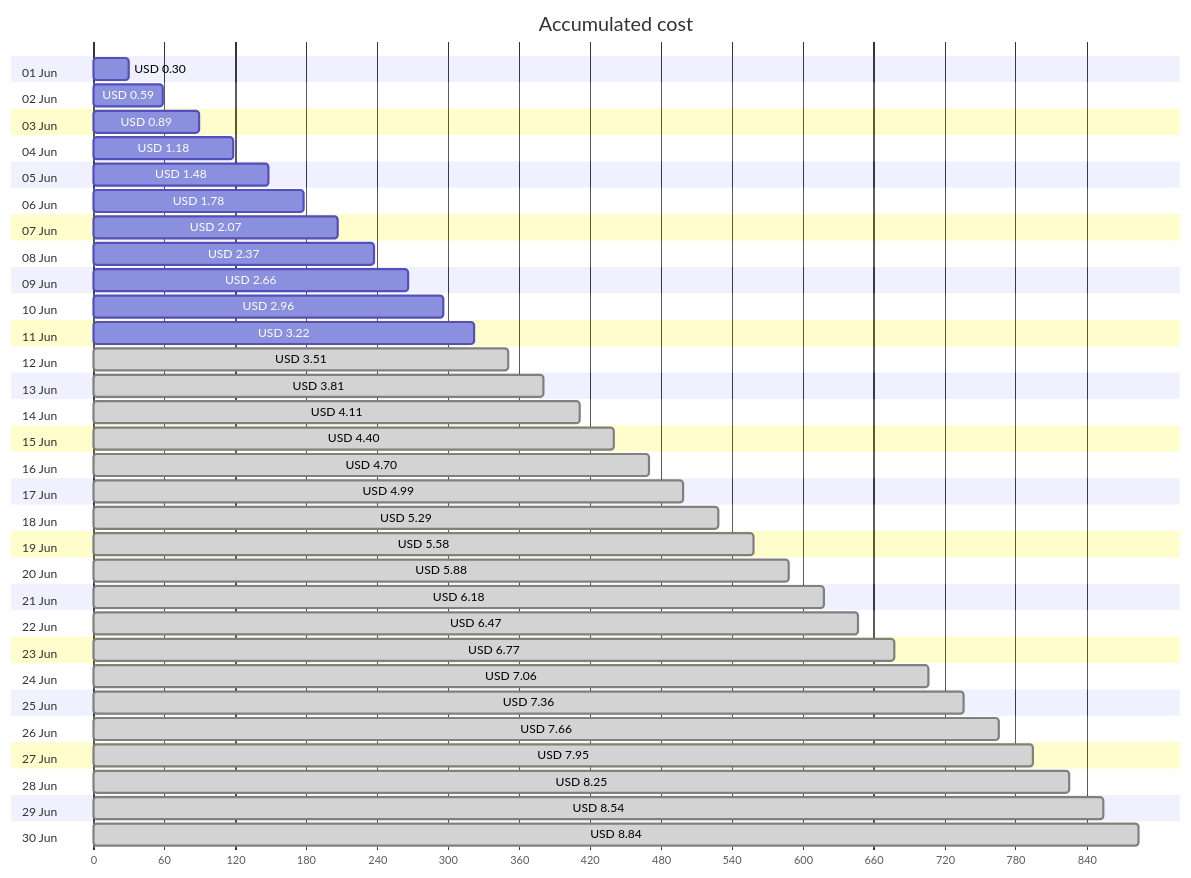
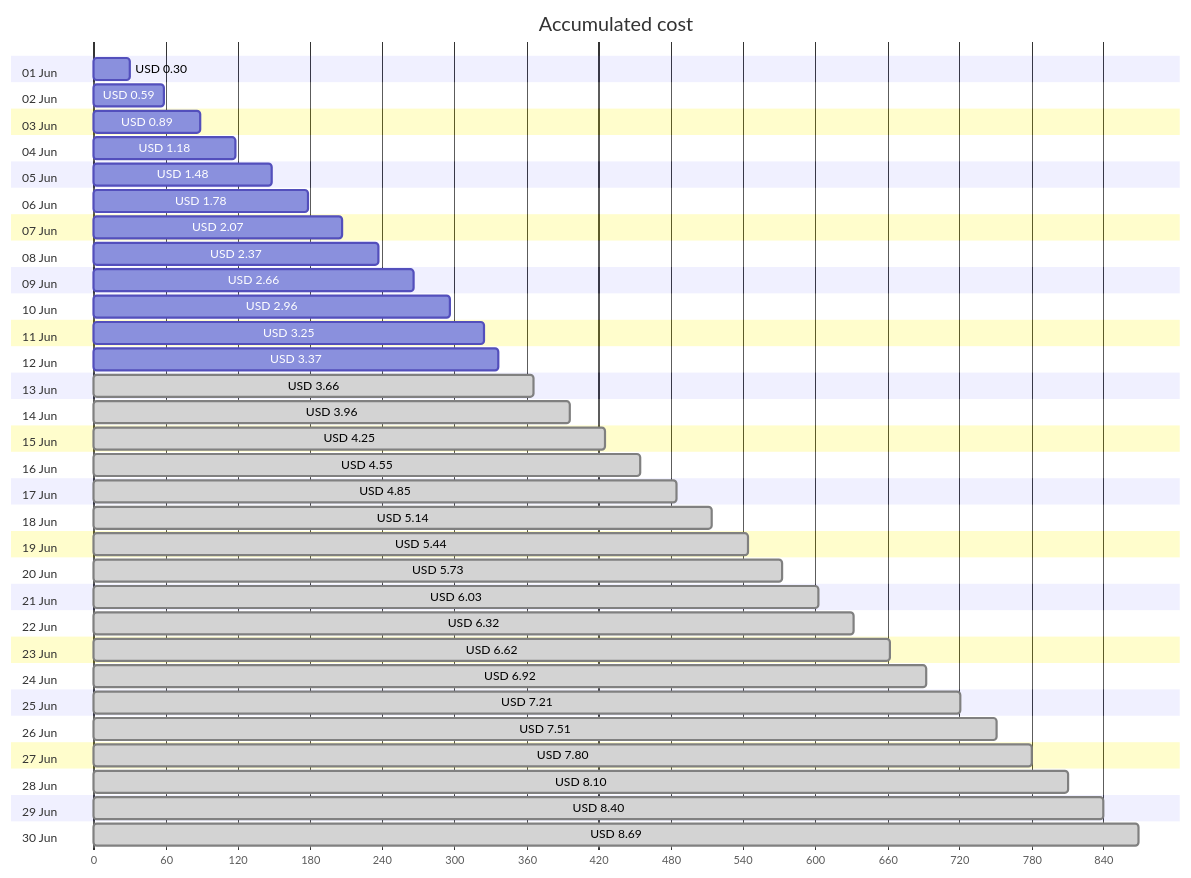
The first of 4 diagrams in cost-reports/personal-site/personal-site-preview.md (jpfulton/azure-personal-reports), drawn with Mermaid before and after one commit. The commit also changed other lines of this file and 6 other files, not shown here.

````diff
--- a/cost-reports/personal-site/personal-site-preview.md
+++ b/cost-reports/personal-site/personal-site-preview.md
@@ -20,66 +20,66 @@
 ```mermaid
 gantt
    title Accumulated cost
    dateFormat  X
    axisFormat %s
    section 01 Jun
    USD 0.30 :0, 30
    section 02 Jun
    USD 0.59 :0, 59
    section 03 Jun
    USD 0.89 :0, 89
    section 04 Jun
    USD 1.18 :0, 118
    section 05 Jun
    USD 1.48 :0, 148
    section 06 Jun
    USD 1.78 :0, 178
    section 07 Jun
    USD 2.07 :0, 207
    section 08 Jun
    USD 2.37 :0, 237
    section 09 Jun
    USD 2.66 :0, 266
    section 10 Jun
    USD 2.96 :0, 296
    section 11 Jun
-   USD 3.22 :0, 322
+   USD 3.25 :0, 325
    section 12 Jun
-   USD 3.51 : done, 0, 351
+   USD 3.37 :0, 337
    section 13 Jun
-   USD 3.81 : done, 0, 381
+   USD 3.66 : done, 0, 366
    section 14 Jun
-   USD 4.11 : done, 0, 411
+   USD 3.96 : done, 0, 396
    section 15 Jun
-   USD 4.40 : done, 0, 440
+   USD 4.25 : done, 0, 425
    section 16 Jun
-   USD 4.70 : done, 0, 470
+   USD 4.55 : done, 0, 455
    section 17 Jun
-   USD 4.99 : done, 0, 499
+   USD 4.85 : done, 0, 485
    section 18 Jun
-   USD 5.29 : done, 0, 529
+   USD 5.14 : done, 0, 514
    section 19 Jun
-   USD 5.58 : done, 0, 558
+   USD 5.44 : done, 0, 544
    section 20 Jun
-   USD 5.88 : done, 0, 588
+   USD 5.73 : done, 0, 573
    section 21 Jun
-   USD 6.18 : done, 0, 618
+   USD 6.03 : done, 0, 603
    section 22 Jun
-   USD 6.47 : done, 0, 647
+   USD 6.32 : done, 0, 632
    section 23 Jun
-   USD 6.77 : done, 0, 677
+   USD 6.62 : done, 0, 662
    section 24 Jun
-   USD 7.06 : done, 0, 706
+   USD 6.92 : done, 0, 692
    section 25 Jun
-   USD 7.36 : done, 0, 736
+   USD 7.21 : done, 0, 721
    section 26 Jun
-   USD 7.66 : done, 0, 766
+   USD 7.51 : done, 0, 751
    section 27 Jun
-   USD 7.95 : done, 0, 795
+   USD 7.80 : done, 0, 780
    section 28 Jun
-   USD 8.25 : done, 0, 825
+   USD 8.10 : done, 0, 810
    section 29 Jun
-   USD 8.54 : done, 0, 854
+   USD 8.40 : done, 0, 840
    section 30 Jun
-   USD 8.84 : done, 0, 884
+   USD 8.69 : done, 0, 869
 ```
````
